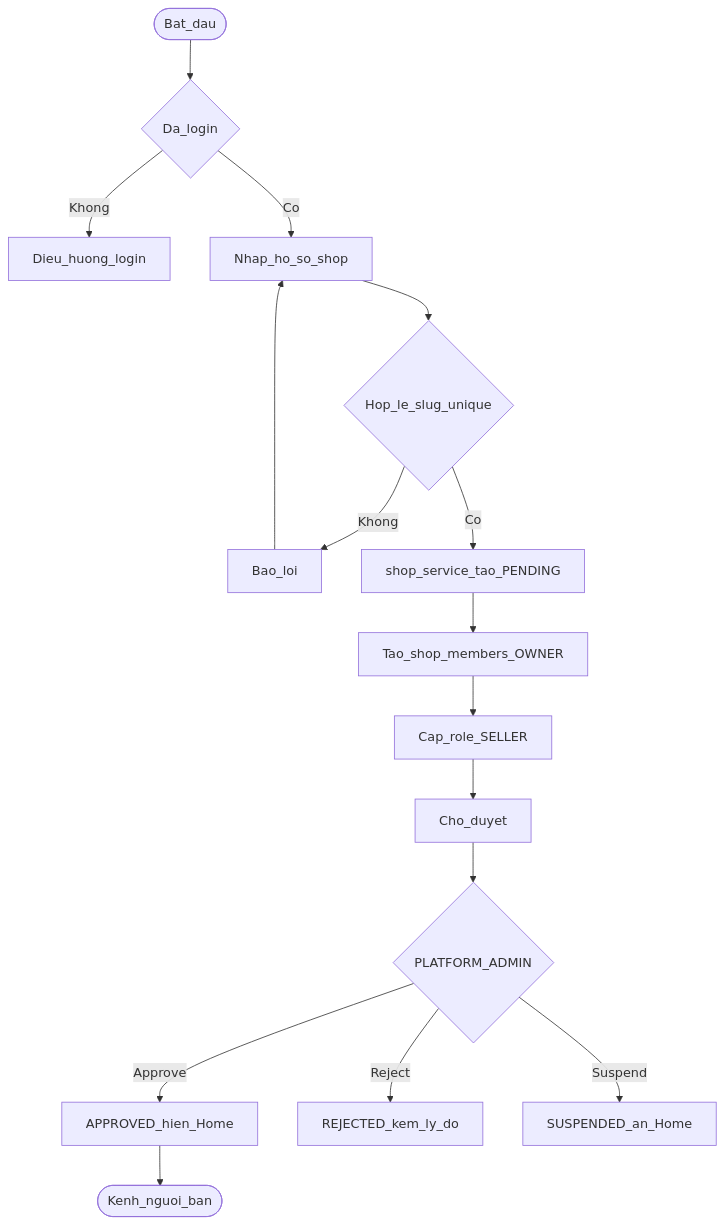
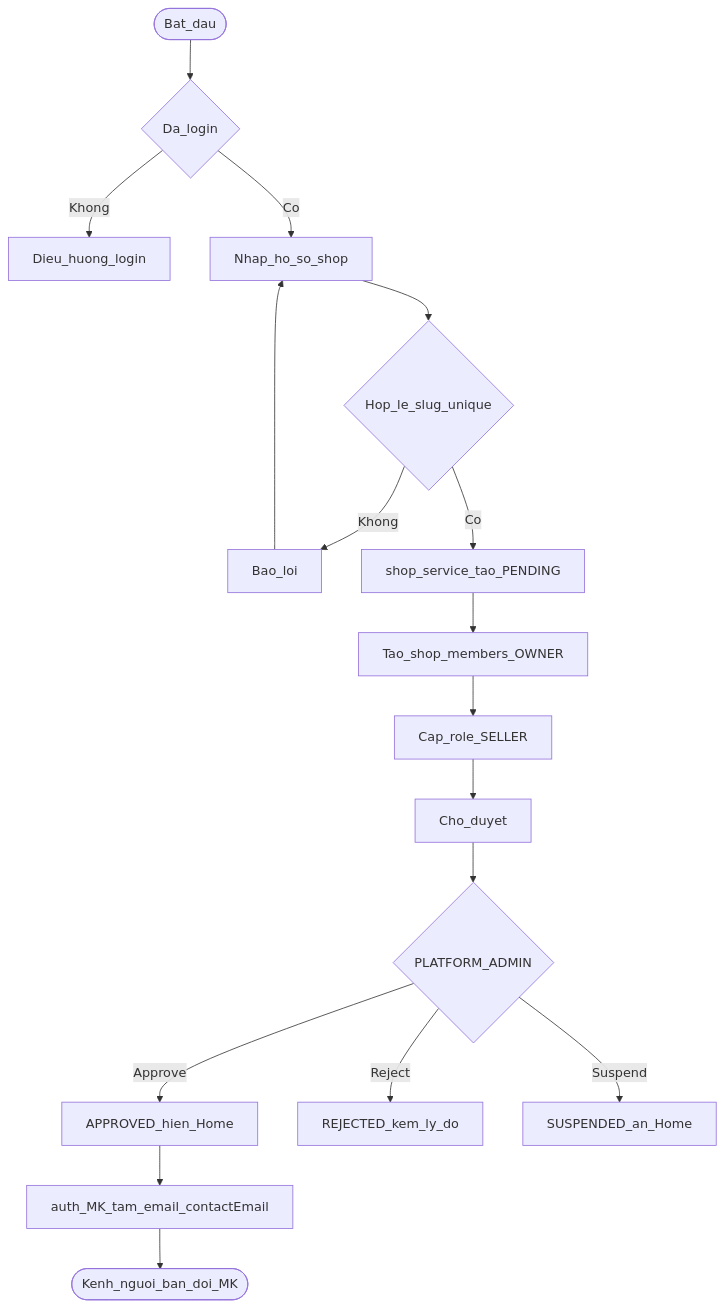
Before and after one commit to trinhvanhai1994/GTVT_ecommerce: the fifth of 16 diagrams in BAO-CAO-DO-AN.md, drawn with Mermaid. The commit also changed other lines of this file and 83 other files, not shown here.

````diff
--- a/BAO-CAO-DO-AN.md
+++ b/BAO-CAO-DO-AN.md
@@ -402,18 +420,19 @@
 ```mermaid
 flowchart TD
   startReg([Bat_dau]) --> login{Da_login}
   login -->|Khong| goLogin[Dieu_huong_login]
   login -->|Co| form[Nhap_ho_so_shop]
   form --> valid{Hop_le_slug_unique}
   valid -->|Khong| err[Bao_loi]
   err --> form
   valid -->|Co| create[shop_service_tao_PENDING]
   create --> member[Tao_shop_members_OWNER]
   member --> role[Cap_role_SELLER]
   role --> wait[Cho_duyet]
   wait --> admin{PLATFORM_ADMIN}
   admin -->|Approve| ok[APPROVED_hien_Home]
   admin -->|Reject| rej[REJECTED_kem_ly_do]
   admin -->|Suspend| sus[SUSPENDED_an_Home]
-  ok --> sellerCenter([Kenh_nguoi_ban])
+  ok --> cred[auth_MK_tam_email_contactEmail]
+  cred --> sellerCenter([Kenh_nguoi_ban_doi_MK])
 ```
````
